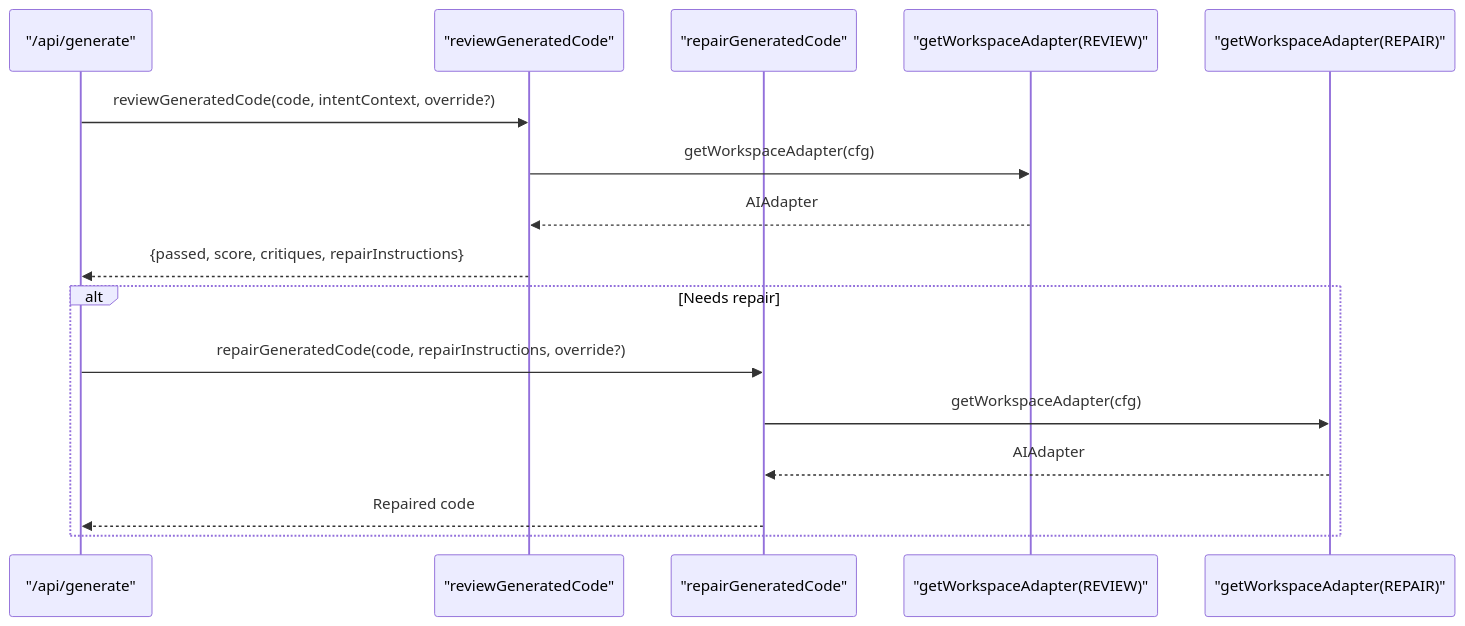
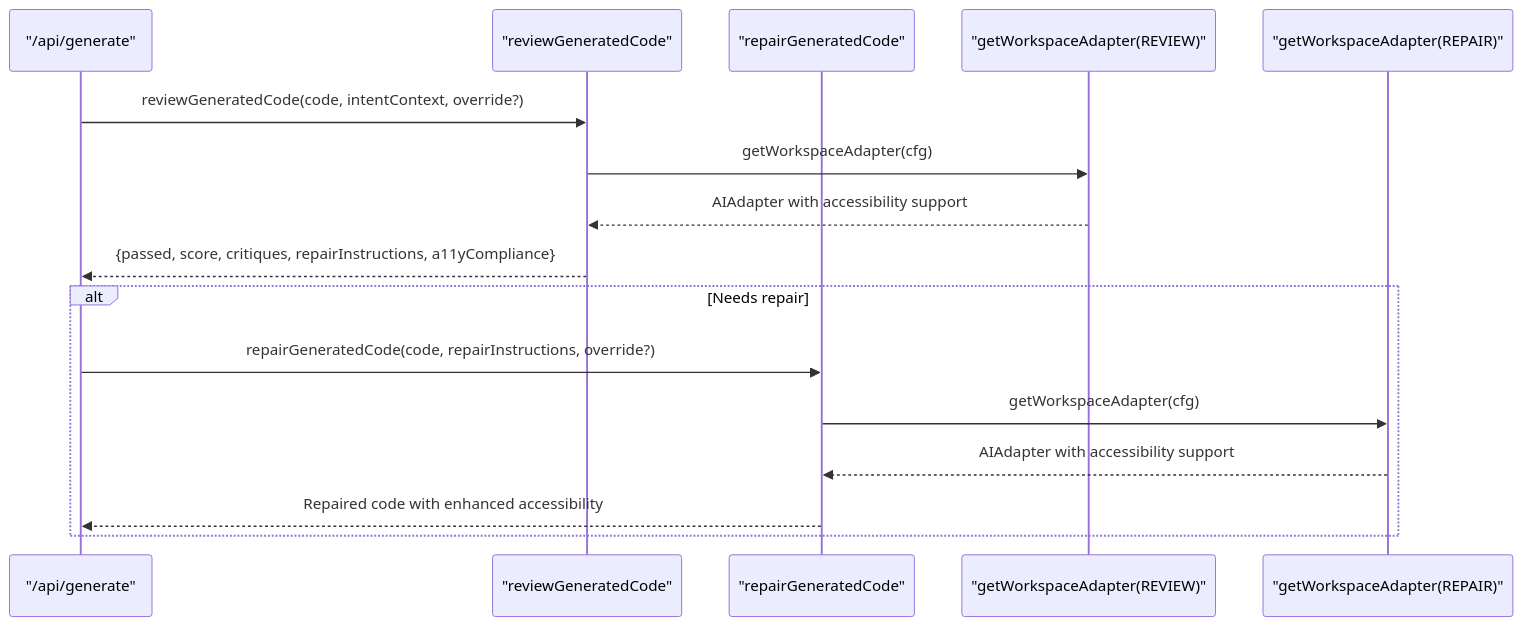
Before and after one commit to shekhargiri005-dotcom/AI-powered-accessibility-first-UI-engine: the sixth of 11 diagrams in .qoder/repowiki/en/content/AI Generation Engine/AI Generation Engine.md, drawn with Mermaid. The commit also changed other lines of this file and 24 other files, not shown here.

````diff
--- a/.qoder/repowiki/en/content/AI Generation Engine/AI Generation Engine.md
+++ b/.qoder/repowiki/en/content/AI Generation Engine/AI Generation Engine.md
@@ -337,18 +363,18 @@
 ```mermaid
 sequenceDiagram
 participant GenRoute as "/api/generate"
 participant Review as "reviewGeneratedCode"
 participant Repair as "repairGeneratedCode"
 participant RevAdapter as "getWorkspaceAdapter(REVIEW)"
 participant RepAdapter as "getWorkspaceAdapter(REPAIR)"
 GenRoute->>Review : reviewGeneratedCode(code, intentContext, override?)
 Review->>RevAdapter : getWorkspaceAdapter(cfg)
-RevAdapter-->>Review : AIAdapter
-Review-->>GenRoute : {passed, score, critiques, repairInstructions}
+RevAdapter-->>Review : AIAdapter with accessibility support
+Review-->>GenRoute : {passed, score, critiques, repairInstructions, a11yCompliance}
 alt Needs repair
 GenRoute->>Repair : repairGeneratedCode(code, repairInstructions, override?)
 Repair->>RepAdapter : getWorkspaceAdapter(cfg)
-RepAdapter-->>Repair : AIAdapter
-Repair-->>GenRoute : Repaired code
+RepAdapter-->>Repair : AIAdapter with accessibility support
+Repair-->>GenRoute : Repaired code with enhanced accessibility
 end
 ```
````
